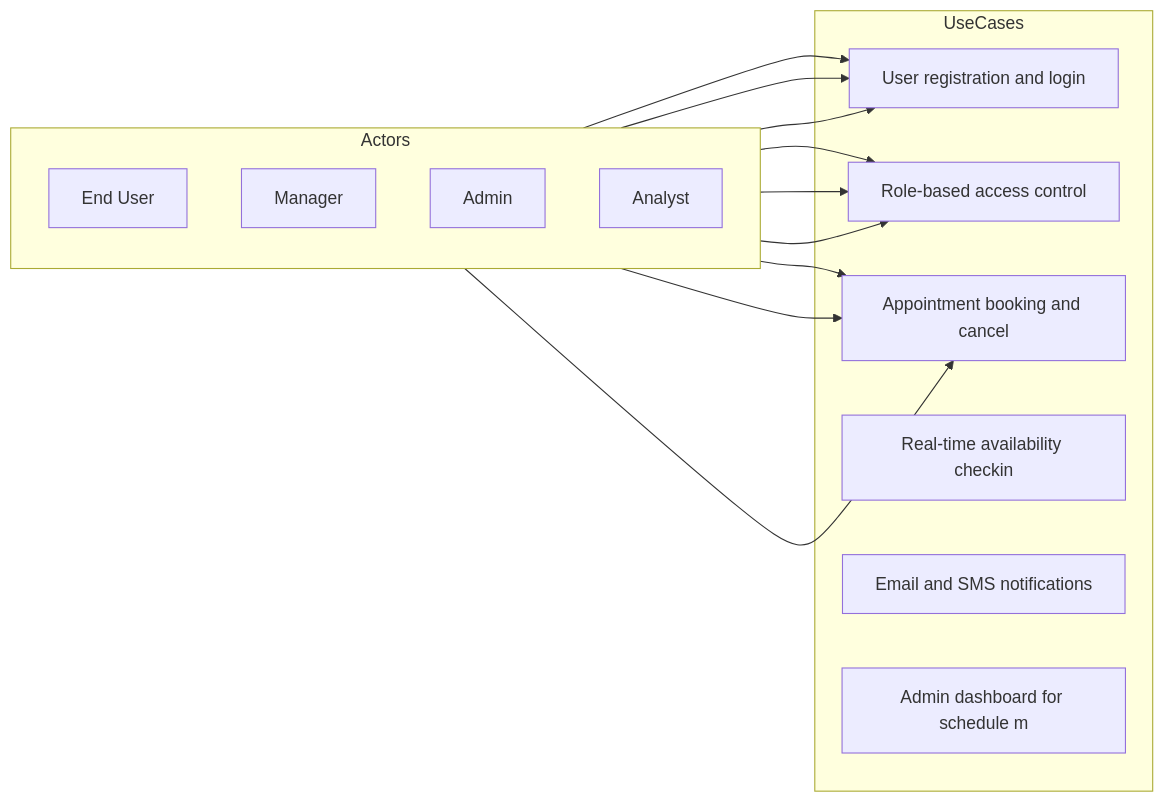
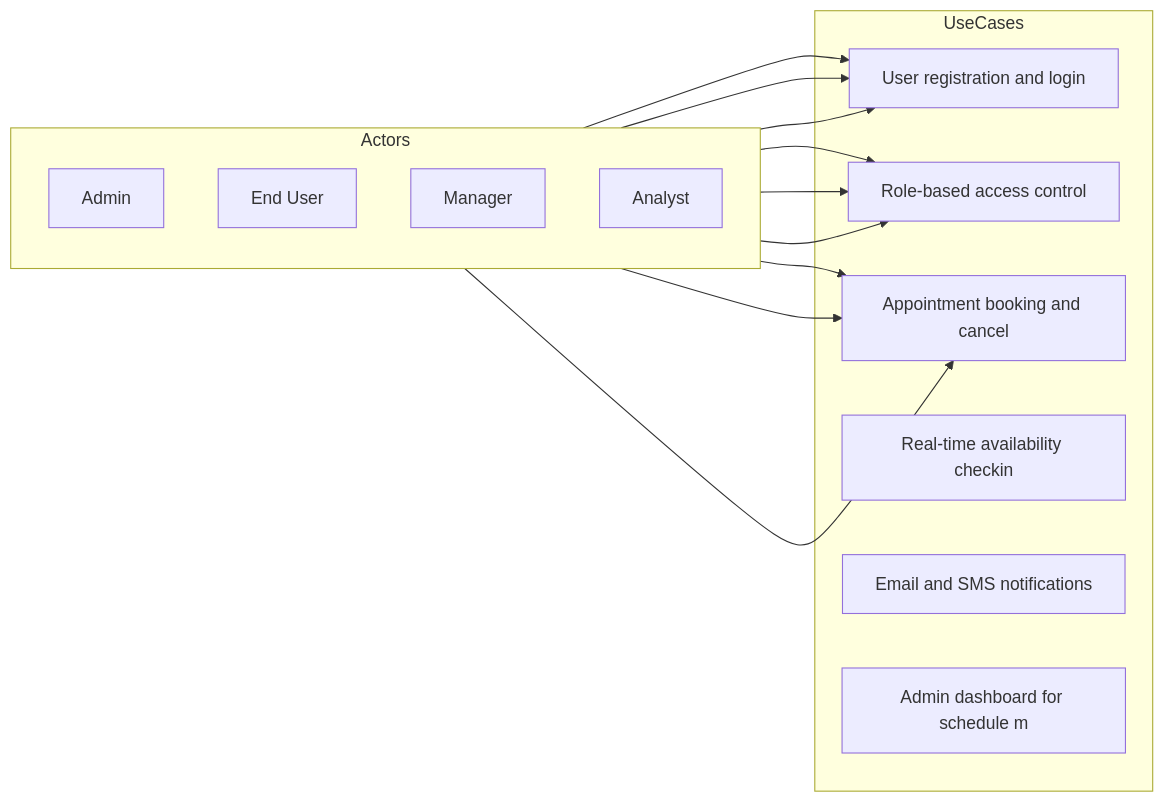
The diagram in backend/beta/static/Online_Appointment_Scheduling_System_use_case.mmd (nilo-yinc/DocuVerse), drawn with Mermaid before and after one commit. The commit also changed 28 other files, not shown here.

Commit message:
feat: introduce core utilities for AI content generation, session management, and Mermaid diagram processing.

```diff
--- a/backend/beta/static/Online_Appointment_Scheduling_System_use_case.mmd
+++ b/backend/beta/static/Online_Appointment_Scheduling_System_use_case.mmd
@@ -1,25 +1,25 @@
 flowchart LR
     subgraph Actors
         direction TB
-        A0["End User"]
-        A1["Manager"]
-        A2["Admin"]
+        A0["Admin"]
+        A1["End User"]
+        A2["Manager"]
         A3["Analyst"]
     end
     subgraph UseCases
         UC0["User registration and login"]
         UC1["Role-based access control"]
         UC2["Appointment booking and cancel"]
         UC3["Real-time availability checkin"]
         UC4["Email and SMS notifications"]
         UC5["Admin dashboard for schedule m"]
     end
     A0 --> UC0
     A0 --> UC1
     A0 --> UC2
     A1 --> UC0
     A1 --> UC1
     A1 --> UC2
     A2 --> UC0
     A2 --> UC1
     A2 --> UC2
```
